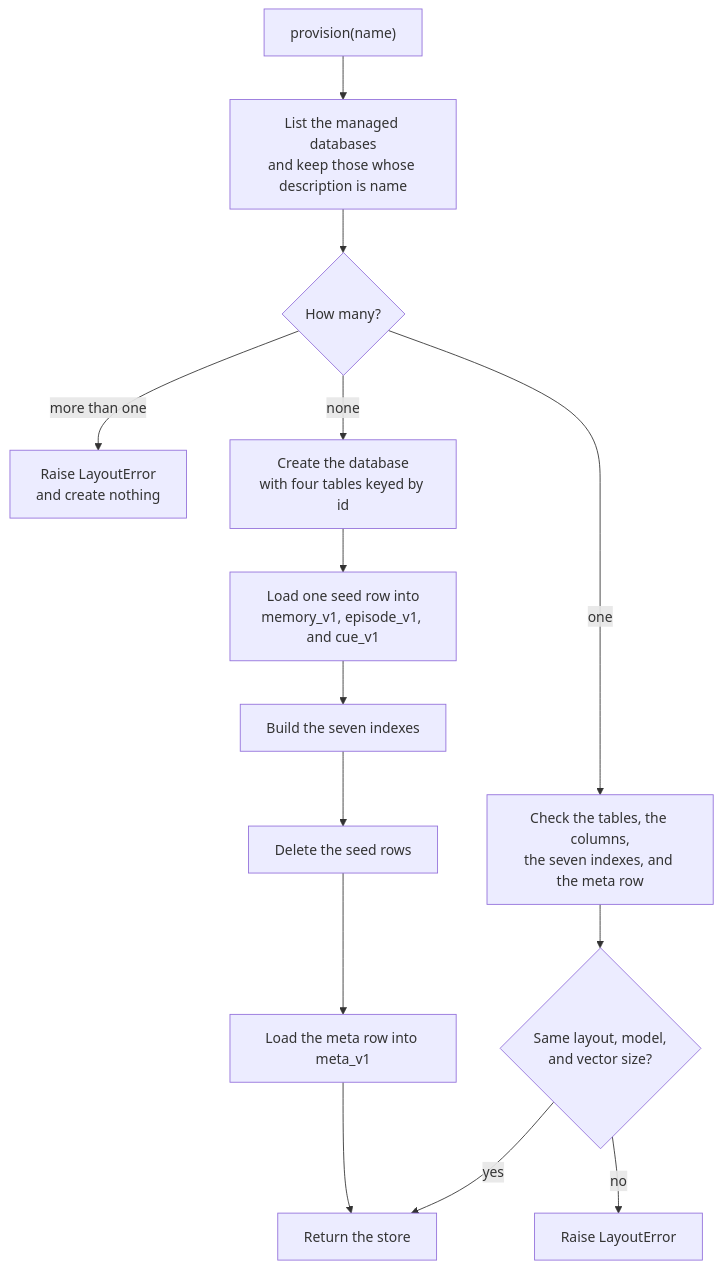
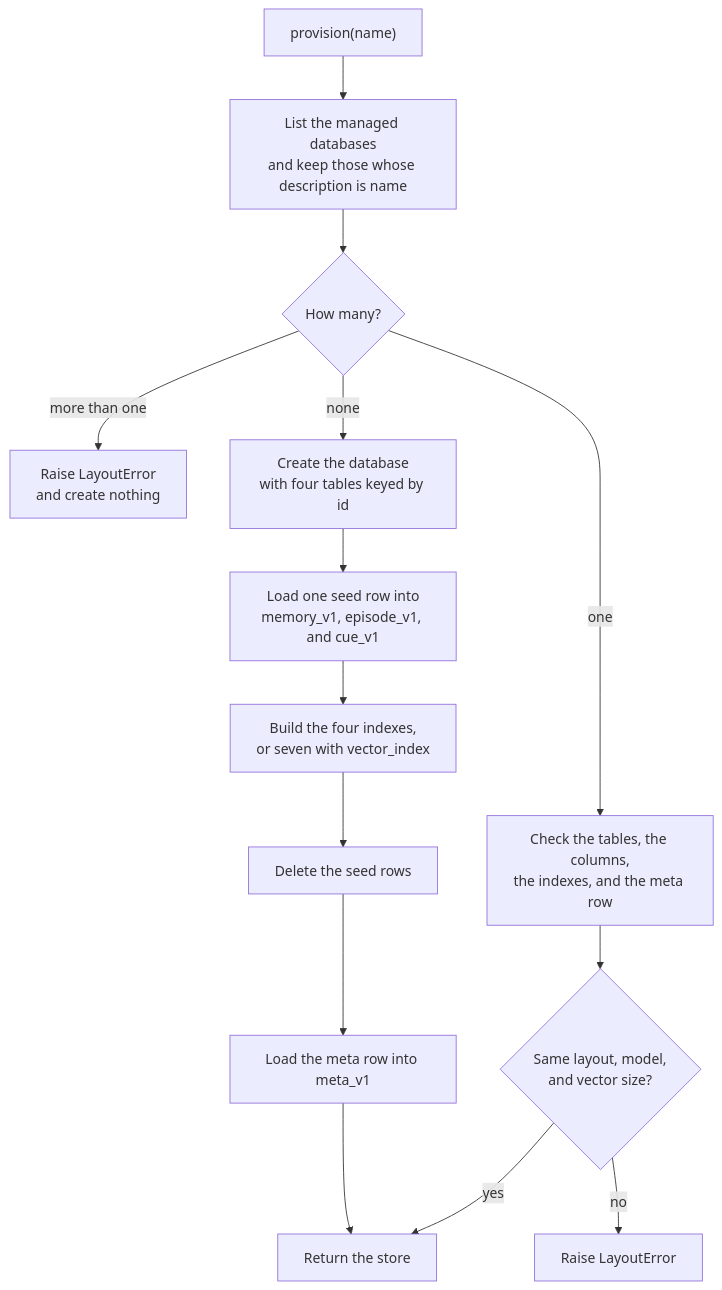
One commit to hotdata-dev/hotmemory changed the third of 12 diagrams in docs/internal/architecture.md. Above: the diagram before and after it, drawn with Mermaid. The commit also changed other lines of this file and 7 other files, not shown here.

Commit message:
Phase 11: INSERT for small writes, and the vector indexes as an experimental option

````diff
--- a/docs/internal/architecture.md
+++ b/docs/internal/architecture.md
@@ -155,16 +155,16 @@
 ```mermaid
 flowchart TD
     start["provision(name)"] --> list["List the managed databases<br/>and keep those whose description is name"]
     list --> count{"How many?"}
     count -- "more than one" --> dup["Raise LayoutError<br/>and create nothing"]
-    count -- "one" --> check["Check the tables, the columns,<br/>the seven indexes, and the meta row"]
+    count -- "one" --> check["Check the tables, the columns,<br/>the indexes, and the meta row"]
     check --> same{"Same layout, model,<br/>and vector size?"}
     same -- "yes" --> open["Return the store"]
     same -- "no" --> bad["Raise LayoutError"]
     count -- "none" --> create["Create the database<br/>with four tables keyed by id"]
     create --> seed["Load one seed row into<br/>memory_v1, episode_v1, and cue_v1"]
-    seed --> index["Build the seven indexes"]
+    seed --> index["Build the four indexes,<br/>or seven with vector_index"]
     index --> unseed["Delete the seed rows"]
     unseed --> meta["Load the meta row into meta_v1"]
     meta --> open
 ```
````
